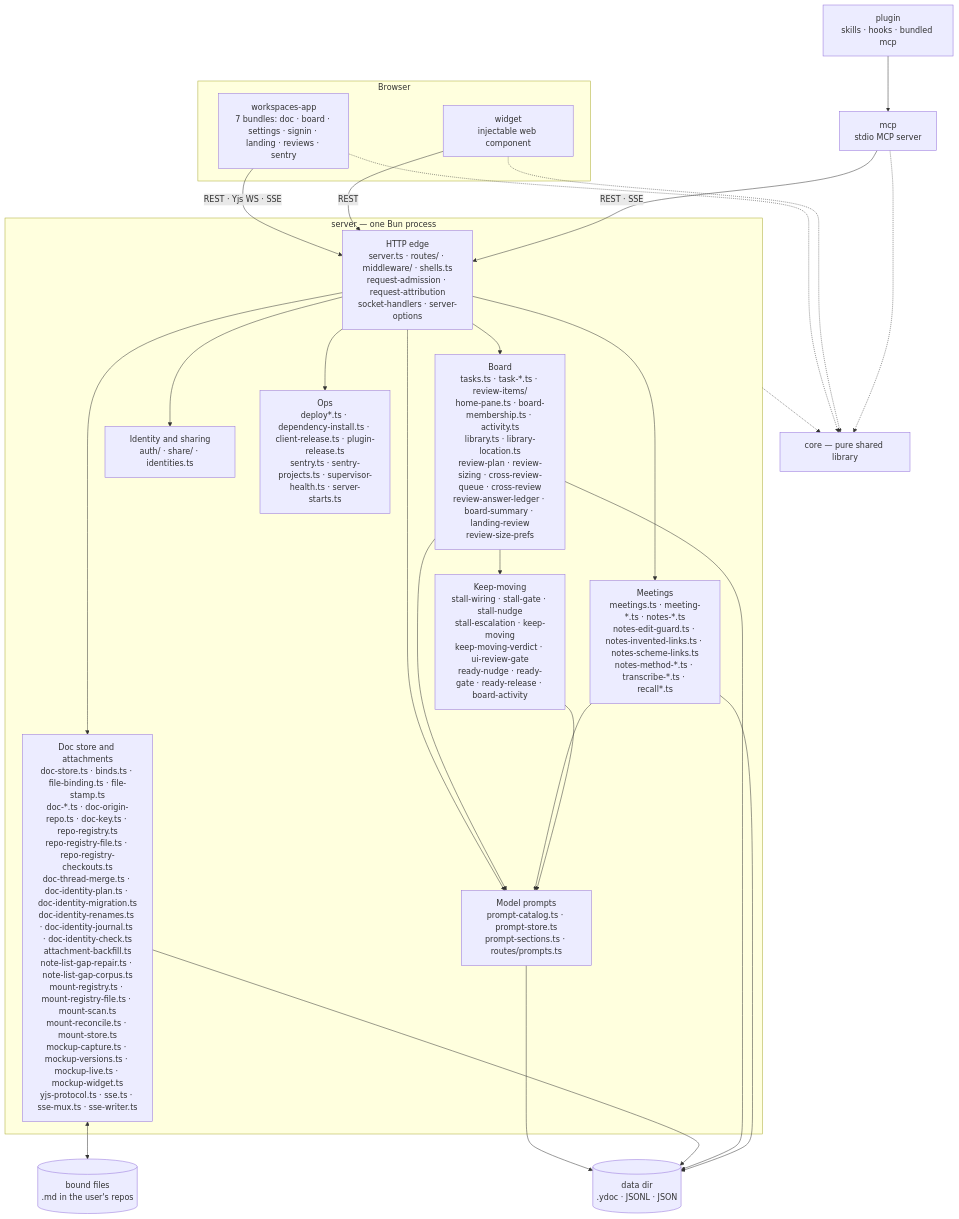
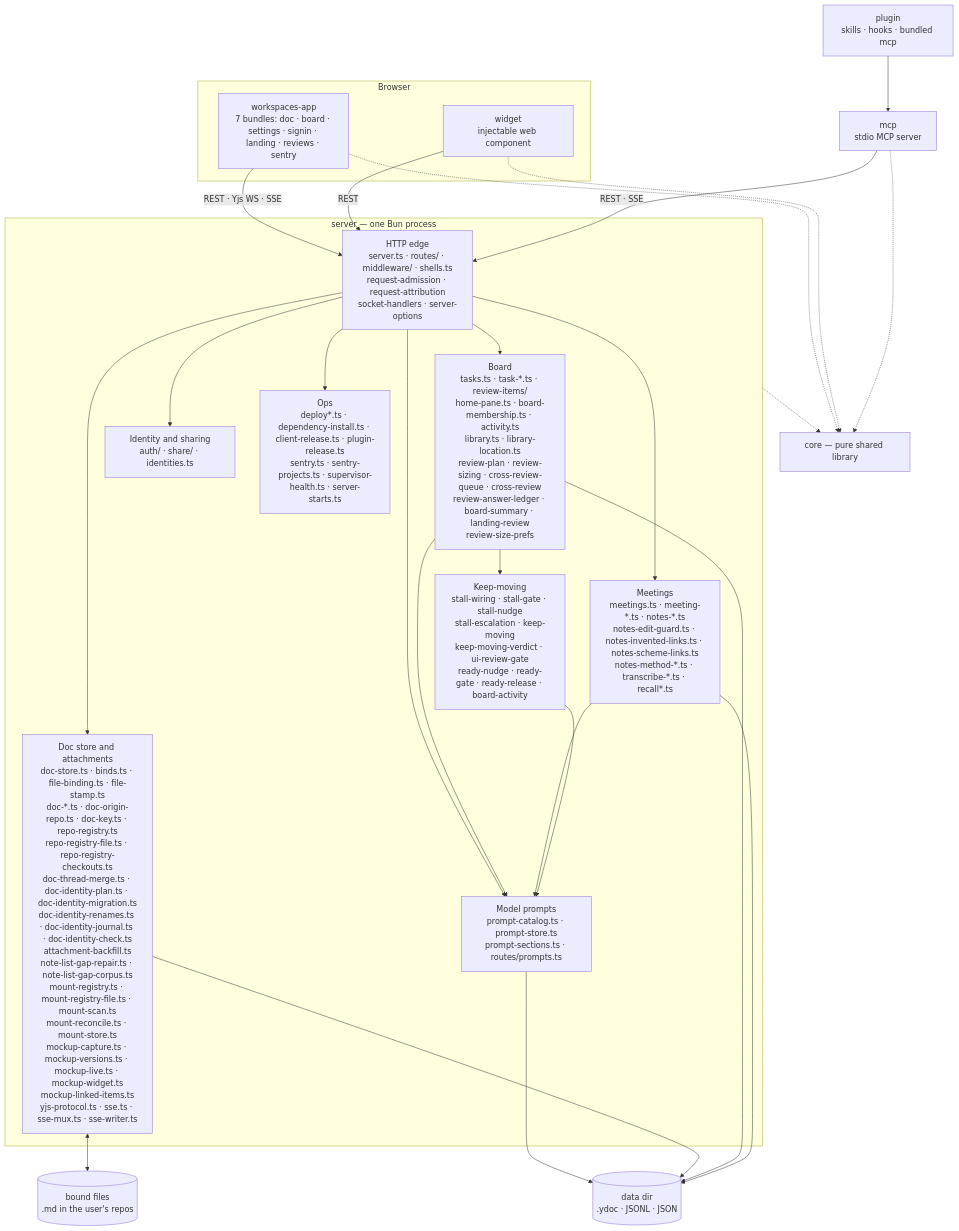
The first of 2 diagrams in docs/architecture/overview.md (fryanpan/claude-workspaces-plugin), drawn with Mermaid before and after one commit. The commit also changed other lines of this file and 6 other files, not shown here.

````diff
--- a/docs/architecture/overview.md
+++ b/docs/architecture/overview.md
@@ -45,35 +45,35 @@
 ```mermaid
 flowchart TB
   subgraph browser[Browser]
     app["workspaces-app<br/>7 bundles: doc · board · settings · signin · landing · reviews · sentry"]
     wid["widget<br/>injectable web component"]
   end
   plug["plugin<br/>skills · hooks · bundled mcp"]
   mcp["mcp<br/>stdio MCP server"]
   subgraph srv["server — one Bun process"]
     edge["HTTP edge<br/>server.ts · routes/ · middleware/ · shells.ts<br/>request-admission · request-attribution<br/>socket-handlers · server-options"]
-    docs["Doc store and attachments<br/>doc-store.ts · binds.ts · file-binding.ts · file-stamp.ts<br/>doc-*.ts · doc-origin-repo.ts · doc-key.ts · repo-registry.ts<br/>repo-registry-file.ts · repo-registry-checkouts.ts<br/>doc-thread-merge.ts · doc-identity-plan.ts · doc-identity-migration.ts<br/>doc-identity-renames.ts · doc-identity-journal.ts · doc-identity-check.ts<br/>attachment-backfill.ts<br/>note-list-gap-repair.ts · note-list-gap-corpus.ts<br/>mount-registry.ts · mount-registry-file.ts · mount-scan.ts<br/>mount-reconcile.ts · mount-store.ts<br/>mockup-capture.ts · mockup-versions.ts · mockup-live.ts · mockup-widget.ts<br/>yjs-protocol.ts · sse.ts · sse-mux.ts · sse-writer.ts"]
+    docs["Doc store and attachments<br/>doc-store.ts · binds.ts · file-binding.ts · file-stamp.ts<br/>doc-*.ts · doc-origin-repo.ts · doc-key.ts · repo-registry.ts<br/>repo-registry-file.ts · repo-registry-checkouts.ts<br/>doc-thread-merge.ts · doc-identity-plan.ts · doc-identity-migration.ts<br/>doc-identity-renames.ts · doc-identity-journal.ts · doc-identity-check.ts<br/>attachment-backfill.ts<br/>note-list-gap-repair.ts · note-list-gap-corpus.ts<br/>mount-registry.ts · mount-registry-file.ts · mount-scan.ts<br/>mount-reconcile.ts · mount-store.ts<br/>mockup-capture.ts · mockup-versions.ts · mockup-live.ts · mockup-widget.ts<br/>mockup-linked-items.ts<br/>yjs-protocol.ts · sse.ts · sse-mux.ts · sse-writer.ts"]
     board["Board<br/>tasks.ts · task-*.ts · review-items/<br/>home-pane.ts · board-membership.ts · activity.ts<br/>library.ts · library-location.ts<br/>review-plan · review-sizing · cross-review-queue · cross-review<br/>review-answer-ledger · board-summary · landing-review<br/>review-size-prefs"]
     meet["Meetings<br/>meetings.ts · meeting-*.ts · notes-*.ts<br/>notes-edit-guard.ts · notes-invented-links.ts · notes-scheme-links.ts<br/>notes-method-*.ts · transcribe-*.ts · recall*.ts"]
     keep["Keep-moving<br/>stall-wiring · stall-gate · stall-nudge<br/>stall-escalation · keep-moving<br/>keep-moving-verdict · ui-review-gate<br/>ready-nudge · ready-gate · ready-release · board-activity"]
     ident["Identity and sharing<br/>auth/ · share/ · identities.ts"]
     prompts["Model prompts<br/>prompt-catalog.ts · prompt-store.ts<br/>prompt-sections.ts · routes/prompts.ts"]
     ops["Ops<br/>deploy*.ts · dependency-install.ts · client-release.ts · plugin-release.ts<br/>sentry.ts · sentry-projects.ts · supervisor-health.ts · server-starts.ts"]
   end
   core["core — pure shared library"]
   disk[("data dir<br/>.ydoc · JSONL · JSON")]
   files[("bound files<br/>.md in the user's repos")]
 
   app -->|"REST · Yjs WS · SSE"| edge
   wid -->|REST| edge
   plug --> mcp
   mcp -->|"REST · SSE"| edge
   edge --> docs & board & meet & ident & ops & prompts
   board & meet & keep --> prompts
   prompts --> disk
   board --> keep
   docs <--> files
   docs & board & meet --> disk
   app & wid & mcp -.-> core
   srv -.-> core
 ```
````
